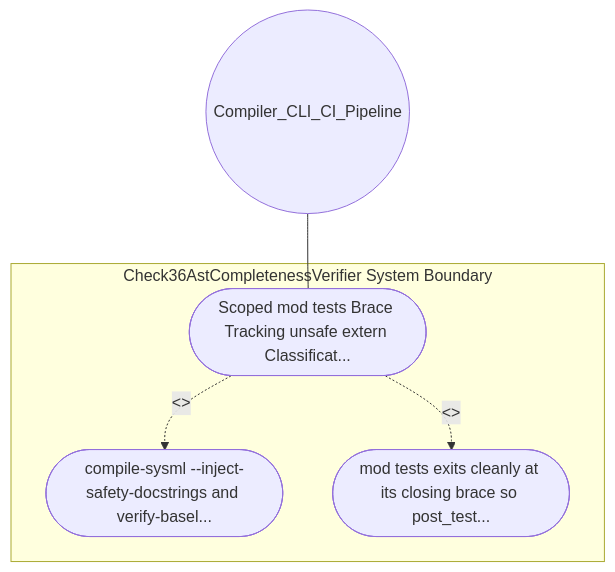
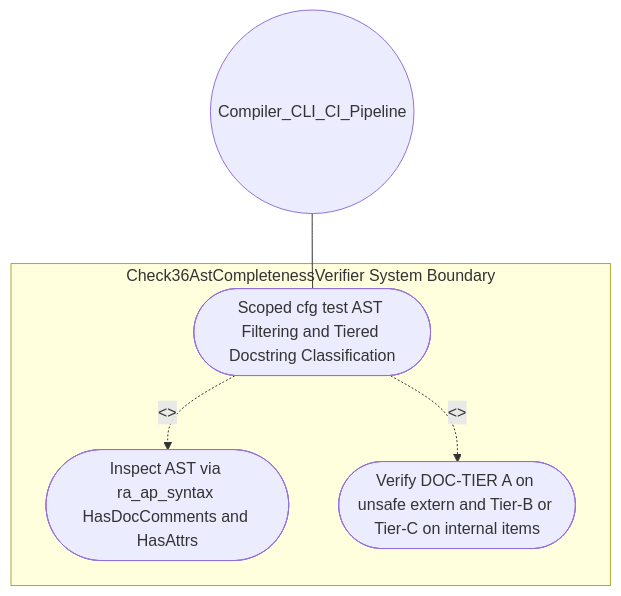
One commit to gintatkinson/DEAP01-spec-core changed the diagram in .pipeline/upstream/docs/use-cases/UC-23-Scoped_mod_tests_Brace_Tracking_unsafe_extern_Classification_and_Arrow_Aware_impl_Headers.md. Above: the diagram before and after it, drawn with Mermaid. The commit also changed other lines of this file and 225 other files, not shown here.

````diff
--- a/.pipeline/upstream/docs/use-cases/UC-23-Scoped_mod_tests_Brace_Tracking_unsafe_extern_Classification_and_Arrow_Aware_impl_Headers.md
+++ b/.pipeline/upstream/docs/use-cases/UC-23-Scoped_mod_tests_Brace_Tracking_unsafe_extern_Classification_and_Arrow_Aware_impl_Headers.md
@@ -16,11 +16,11 @@
 ```mermaid
 graph TD
     subgraph "Check36AstCompletenessVerifier System Boundary"
-        UC_Main(["Scoped mod tests Brace Tracking unsafe extern Classificat..."])
-        UC_Step01(["compile-sysml --inject-safety-docstrings and verify-basel..."])
-        UC_Step02(["mod tests exits cleanly at its closing brace so post_test..."])
+        UC_Main(["Scoped cfg test AST Filtering and Tiered Docstring Classification"])
+        UC_Step01(["Inspect AST via ra_ap_syntax HasDocComments and HasAttrs"])
+        UC_Step02(["Verify DOC-TIER A on unsafe extern and Tier-B or Tier-C on internal items"])
     end
     Compiler_CLI_CI_Pipeline(("Compiler_CLI_CI_Pipeline")) --- UC_Main
     UC_Main -. "<<include>>" .-> UC_Step01
     UC_Main -. "<<include>>" .-> UC_Step02
 ```
````
